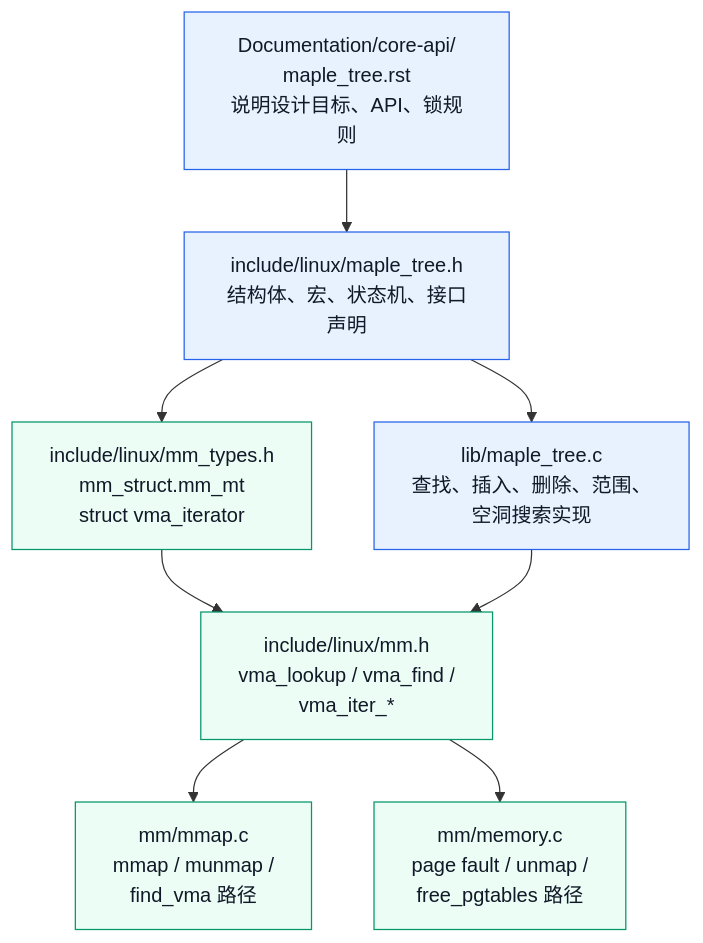
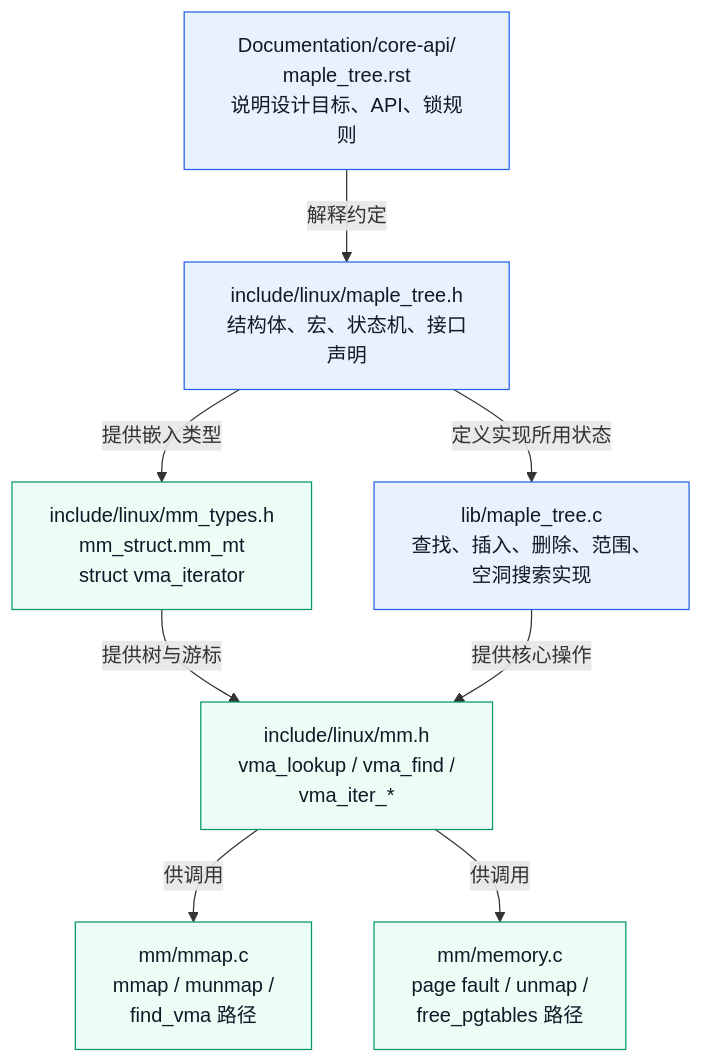
One commit to FormingSystem/linux_note changed the first of 14 diagrams in knowledge/linux/data_structures/红黑树_rb-tree/P15_Linux_6.12_Maple_Tree_源码结构与_API_分层.md. Above: the diagram before and after it, drawn with Mermaid. The commit also changed other lines of this file and 16 other files, not shown here.

````diff
--- a/knowledge/linux/data_structures/红黑树_rb-tree/P15_Linux_6.12_Maple_Tree_源码结构与_API_分层.md
+++ b/knowledge/linux/data_structures/红黑树_rb-tree/P15_Linux_6.12_Maple_Tree_源码结构与_API_分层.md
@@ -57,24 +34,24 @@
 ```mermaid
 flowchart TD
     DOC["Documentation/core-api/<br/>maple_tree.rst<br/>说明设计目标、API、锁规则"]
     H["include/linux/maple_tree.h<br/>结构体、宏、状态机、接口声明"]
     C["lib/maple_tree.c<br/>查找、插入、删除、范围、<br/>空洞搜索实现"]
 
     MMT["include/linux/mm_types.h<br/>mm_struct.mm_mt<br/>struct vma_iterator"]
     MMH["include/linux/mm.h<br/>vma_lookup / vma_find /<br/> vma_iter_*"]
     MMAP["mm/mmap.c<br/>mmap / munmap / <br/>find_vma 路径"]
     MEM["mm/memory.c<br/>page fault / unmap / <br/>free_pgtables 路径"]
 
-    DOC --> H
-    H --> C
-    H --> MMT
-    MMT --> MMH
-    MMH --> MMAP
-    MMH --> MEM
-    C --> MMH
+    DOC -->|解释约定| H
+    H -->|定义实现所用状态| C
+    H -->|提供嵌入类型| MMT
+    MMT -->|提供树与游标| MMH
+    MMH -->|供调用| MMAP
+    MMH -->|供调用| MEM
+    C -->|提供核心操作| MMH
 
     classDef core fill:#e8f2ff,stroke:#2563eb,color:#111827;
     classDef mm fill:#ecfdf5,stroke:#059669,color:#111827;
     class DOC,H,C core;
     class MMT,MMH,MMAP,MEM mm;
 ```
````
